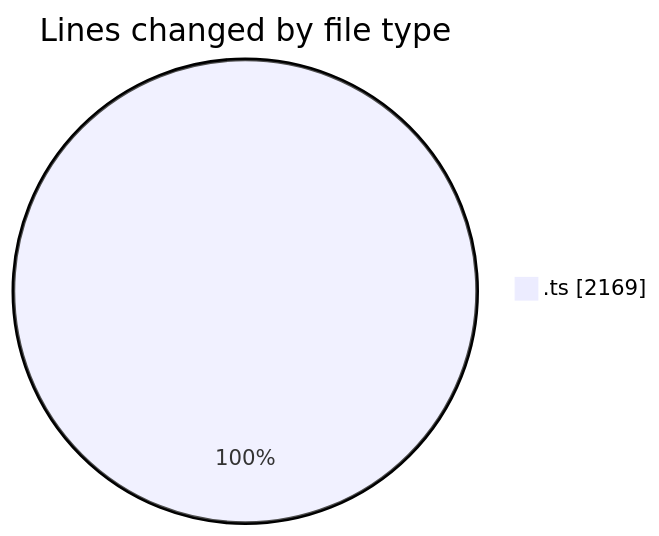
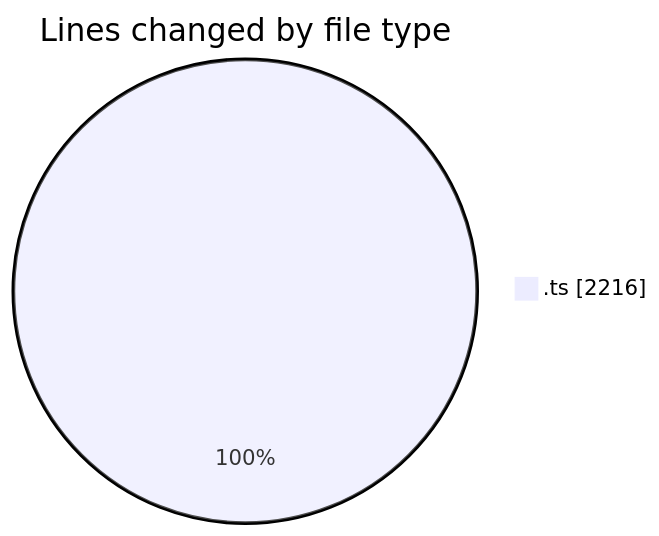
One commit to momahboobian/code-tracking changed the first of 2 diagrams in 2025-10-23/cda/README.md. Above: the diagram before and after it, drawn with Mermaid. The commit also changed other lines of this file and 1 other file, not shown here.

````diff
--- a/2025-10-23/cda/README.md
+++ b/2025-10-23/cda/README.md
@@ -23,5 +23,5 @@
 ```mermaid
 pie showData
 title Lines changed by file type
-".ts" : 2169
+".ts" : 2216
 ```
````
